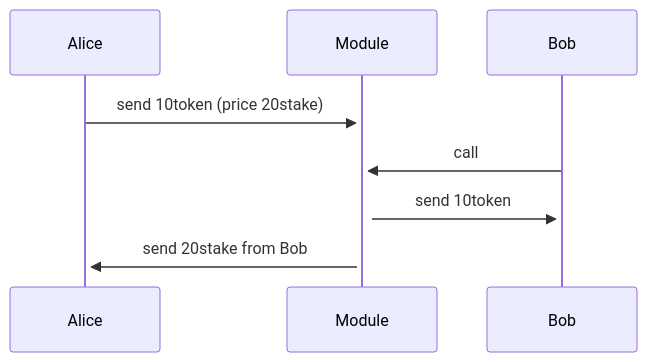
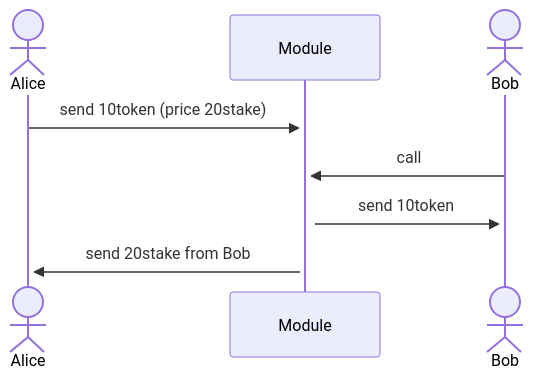
Before and after one commit to devnova777/cosmos-trustless-swap: the diagram in README.md, drawn with Mermaid.

````diff
--- a/README.md
+++ b/README.md
@@ -9,10 +9,10 @@
 ```mermaid
   sequenceDiagram
-      participant Alice
+      actor Alice
       participant Module
-      participant Bob
+      actor Bob
       Alice ->>+ Module: send 10token (price 20stake)
       Bob ->>+ Module: call
       Module ->>+ Bob: send 10token 
       Module ->>+ Alice: send 20stake from Bob
 ```
````
